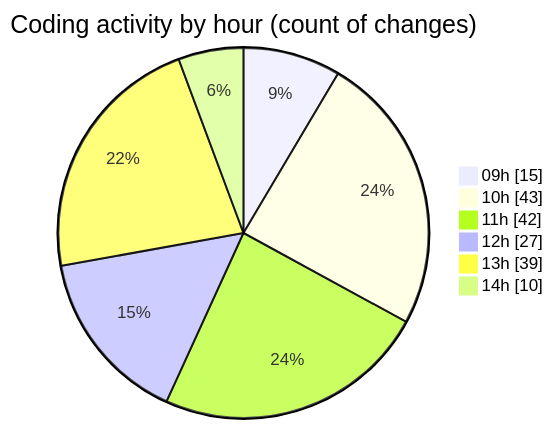
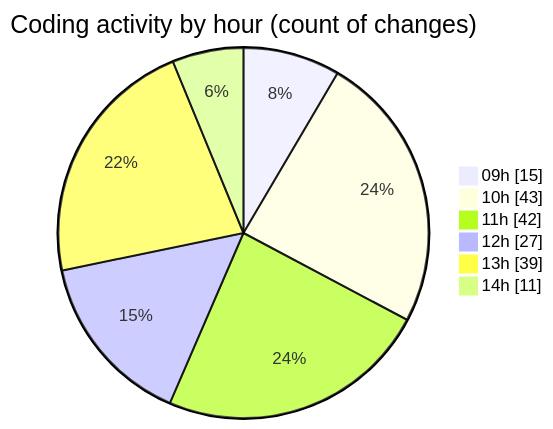
The second of 2 diagrams in 2025-09-30/cda/README.md (momahboobian/code-tracking), drawn with Mermaid before and after one commit. The commit also changed other lines of this file and 1 other file, not shown here.

````diff
--- a/2025-09-30/cda/README.md
+++ b/2025-09-30/cda/README.md
@@ -32,10 +32,10 @@
 ```mermaid
 pie showData
 title Coding activity by hour (count of changes)
 "09h" : 15
 "10h" : 43
 "11h" : 42
 "12h" : 27
 "13h" : 39
-"14h" : 10
+"14h" : 11
 ```
````
